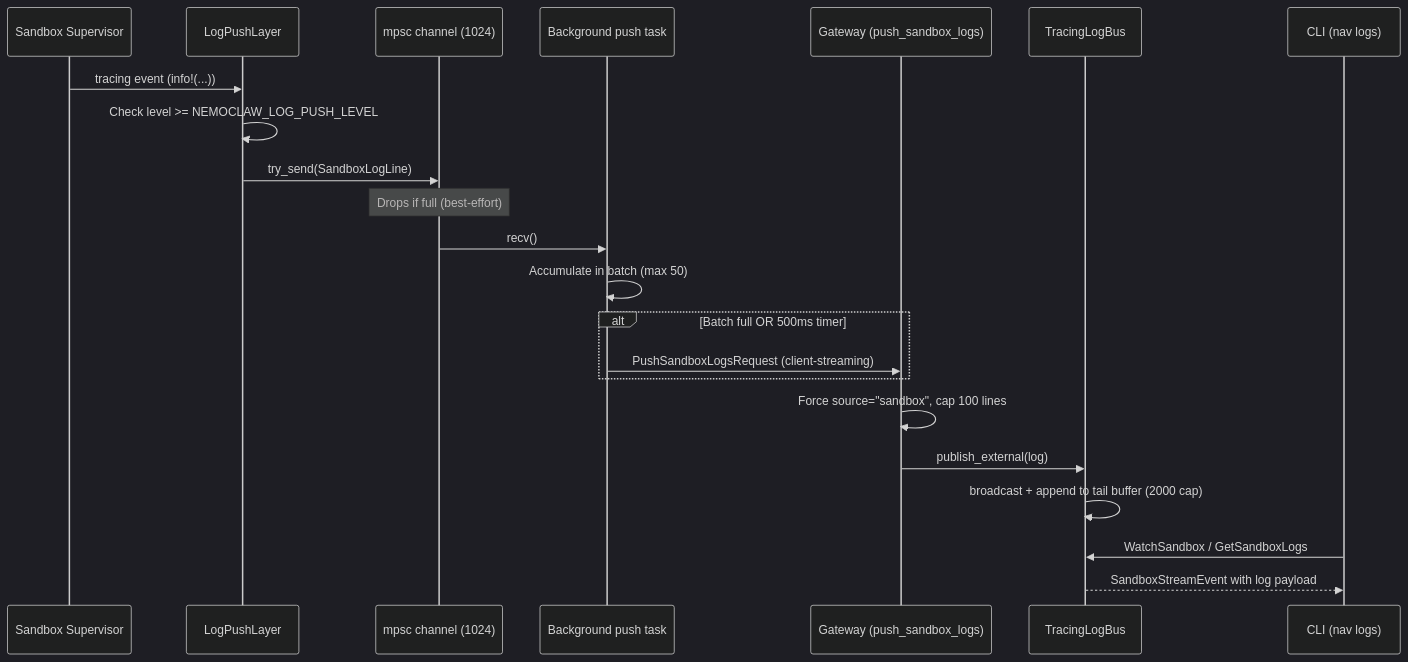
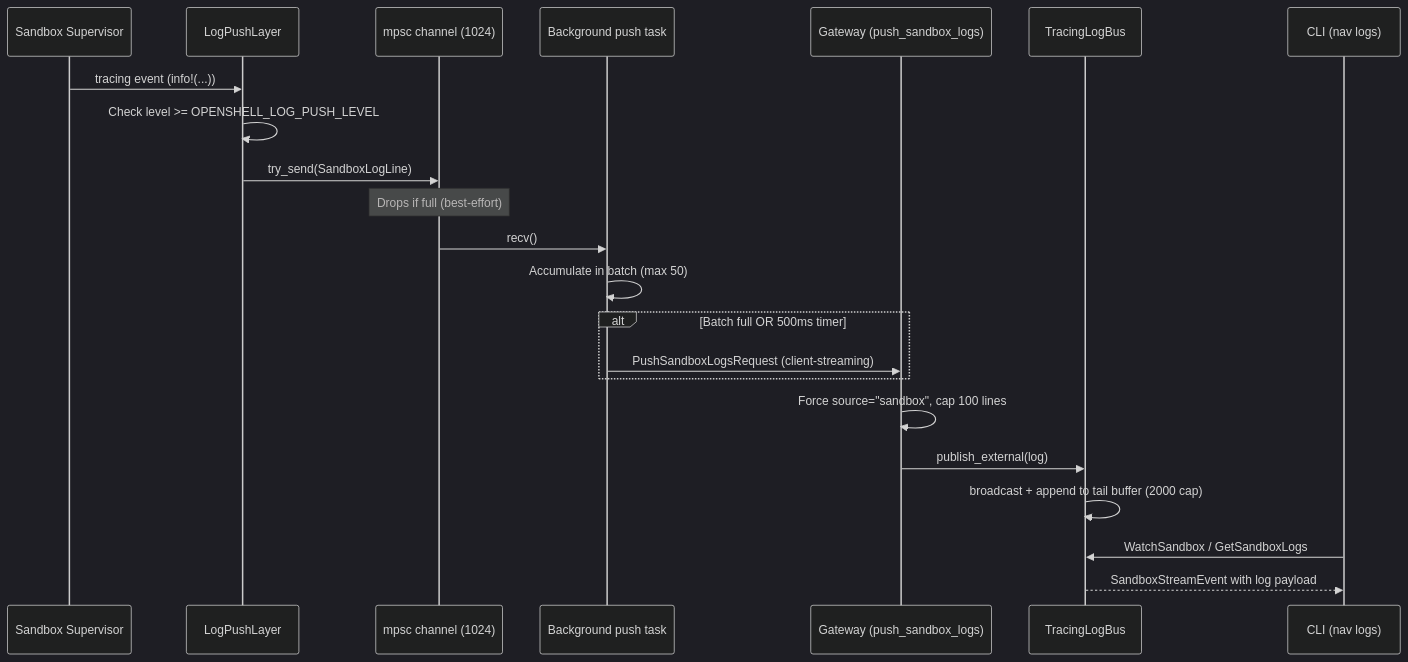
The tenth of 10 diagrams in architecture/sandbox.md (NVIDIA/OpenShell), drawn with Mermaid (dark theme) before and after one commit. The commit also changed other lines of this file and 162 other files, not shown here.

````diff
--- a/architecture/sandbox.md
+++ b/architecture/sandbox.md
@@ -1314,25 +1314,25 @@
 ```mermaid
 sequenceDiagram
     participant SB as Sandbox Supervisor
     participant LP as LogPushLayer
     participant CH as mpsc channel (1024)
     participant BG as Background push task
     participant GW as Gateway (push_sandbox_logs)
     participant TB as TracingLogBus
     participant CL as CLI (nav logs)
 
     SB->>LP: tracing event (info!(...))
-    LP->>LP: Check level >= NEMOCLAW_LOG_PUSH_LEVEL
+    LP->>LP: Check level >= OPENSHELL_LOG_PUSH_LEVEL
     LP->>CH: try_send(SandboxLogLine)
     Note over CH: Drops if full (best-effort)
     CH->>BG: recv()
     BG->>BG: Accumulate in batch (max 50)
     alt Batch full OR 500ms timer
         BG->>GW: PushSandboxLogsRequest (client-streaming)
     end
     GW->>GW: Force source="sandbox", cap 100 lines
     GW->>TB: publish_external(log)
     TB->>TB: broadcast + append to tail buffer (2000 cap)
     CL->>TB: WatchSandbox / GetSandboxLogs
     TB-->>CL: SandboxStreamEvent with log payload
 ```
````
